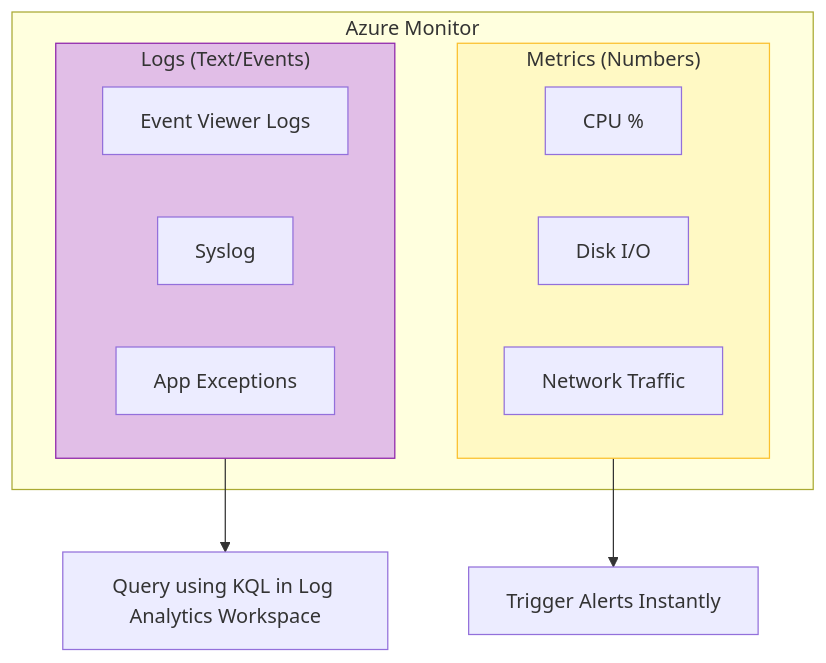
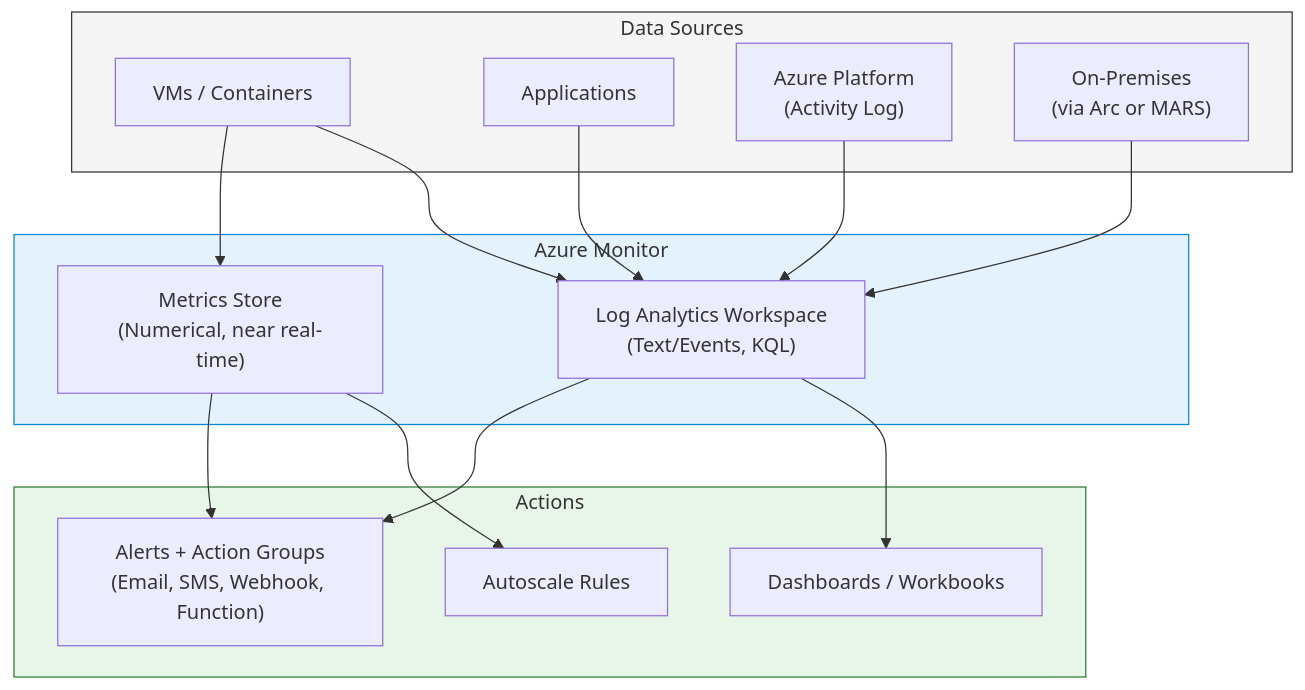
One commit to parthnaik7/AZ-104-Study-Guide changed the first of 2 diagrams in 06-monitor-backup.md. Above: the diagram before and after it, drawn with Mermaid. The commit also changed other lines of this file and 4 other files, not shown here.

Commit message:
Enhance all modules with tables, diagrams, best practices, and exam gotchas

````diff
--- a/06-monitor-backup.md
+++ b/06-monitor-backup.md
@@ -13,21 +22,35 @@
 ```mermaid
 graph TD
-    subgraph Azure Monitor
-        subgraph Metrics ["Metrics (Numbers)"]
-            M1[CPU %]
-            M2[Disk I/O]
-            M3[Network Traffic]
-        end
-        subgraph Logs ["Logs (Text/Events)"]
-            L1[Event Viewer Logs]
-            L2[Syslog]
-            L3[App Exceptions]
-        end
+    subgraph Sources ["Data Sources"]
+        VMs["VMs / Containers"]
+        Apps["Applications"]
+        Platform["Azure Platform\n(Activity Log)"]
+        OnPrem["On-Premises\n(via Arc or MARS)"]
     end
-    
-    Metrics --> Action1[Trigger Alerts Instantly]
-    Logs --> Action2[Query using KQL in Log Analytics Workspace]
-    
-    style Metrics fill:#fff9c4,stroke:#fbc02d
-    style Logs fill:#e1bee7,stroke:#8e24aa
+
+    subgraph Monitor ["Azure Monitor"]
+        Metrics["Metrics Store\n(Numerical, near real-time)"]
+        Logs["Log Analytics Workspace\n(Text/Events, KQL)"]
+    end
+
+    subgraph Actions ["Actions"]
+        Alert["Alerts + Action Groups\n(Email, SMS, Webhook, Function)"]
+        Dashboard["Dashboards / Workbooks"]
+        Autoscale["Autoscale Rules"]
+    end
+
+    VMs --> Metrics
+    VMs --> Logs
+    Apps --> Logs
+    Platform --> Logs
+    OnPrem --> Logs
+
+    Metrics --> Alert
+    Metrics --> Autoscale
+    Logs --> Alert
+    Logs --> Dashboard
+
+    style Monitor fill:#e3f2fd,stroke:#0288d1
+    style Actions fill:#e8f5e9,stroke:#2e7d32
+    style Sources fill:#f5f5f5,stroke:#333
 ```
````
